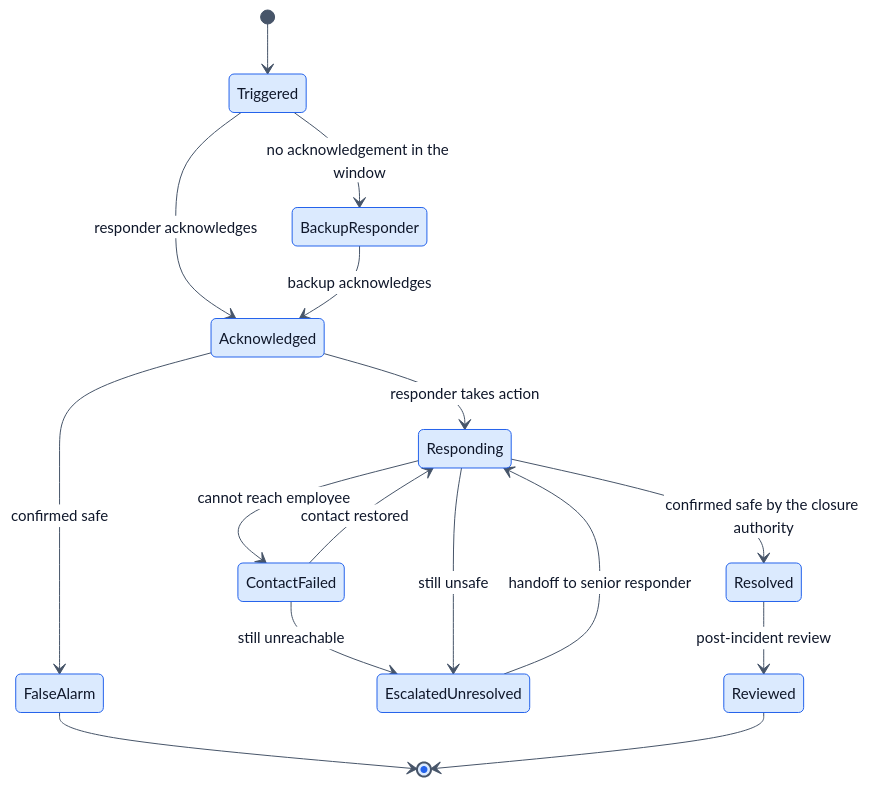
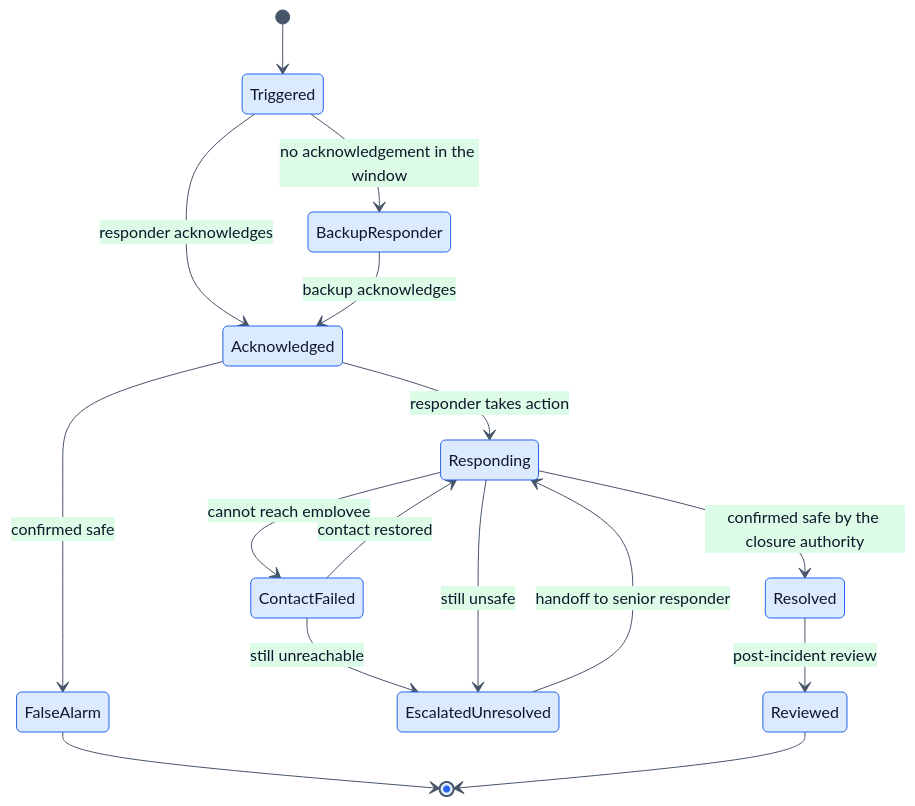
Before and after one commit to AaravVatsh27/The-Future-Ready-Human-Centric-Workplace-Ecosystem: the seventh of 17 diagrams in README.md, drawn with Mermaid. The commit also changed other lines of this file, not shown here.

````diff
--- a/README.md
+++ b/README.md
@@ -497,19 +492,19 @@
 ```mermaid
-%%{init: {'theme':'base','themeVariables':{'fontSize':'15px','primaryColor':'#dbeafe','primaryTextColor':'#0f172a','primaryBorderColor':'#2563eb','secondaryColor':'#dcfce7','secondaryTextColor':'#0f172a','secondaryBorderColor':'#16a34a','tertiaryColor':'#f1f5f9','tertiaryTextColor':'#0f172a','tertiaryBorderColor':'#94a3b8','lineColor':'#475569','textColor':'#0f172a','background':'#ffffff','edgeLabelBackground':'#ffffff','noteBkgColor':'#e0f2fe','noteTextColor':'#0f172a','noteBorderColor':'#0284c7','actorBkg':'#dbeafe','actorBorder':'#2563eb','actorTextColor':'#0f172a','actorLineColor':'#64748b','signalColor':'#334155','signalTextColor':'#0f172a','labelBoxBkgColor':'#ede9fe','labelBoxBorderColor':'#7c3aed','labelTextColor':'#0f172a','loopTextColor':'#0f172a','activationBkgColor':'#ccfbf1','activationBorderColor':'#0d9488','sequenceNumberColor':'#ffffff','stateBkg':'#dbeafe','stateLabelColor':'#0f172a','altBackground':'#f1f5f9','compositeBackground':'#f8fafc','compositeTitleBackground':'#ede9fe','innerEndBackground':'#475569','specialStateColor':'#475569','transitionColor':'#475569','transitionLabelColor':'#0f172a','attributeBackgroundColorOdd':'#f0f9ff','attributeBackgroundColorEven':'#e0f2fe'}}}%%
+%%{init: {"theme": "base", "themeVariables": {"primaryColor": "#dbeafe", "primaryTextColor": "#0f172a", "primaryBorderColor": "#2563eb", "lineColor": "#475569", "secondaryColor": "#dcfce7", "tertiaryColor": "#f1f5f9", "noteBkgColor": "#e0f2fe", "noteTextColor": "#0f172a", "actorBkg": "#dbeafe", "actorBorder": "#2563eb", "actorTextColor": "#0f172a", "signalColor": "#334155", "signalTextColor": "#0f172a"}}}%%
 stateDiagram-v2
     [*] --> Triggered
     Triggered --> Acknowledged: responder acknowledges
     Triggered --> BackupResponder: no acknowledgement in the window
     BackupResponder --> Acknowledged: backup acknowledges
     Acknowledged --> FalseAlarm: confirmed safe
     Acknowledged --> Responding: responder takes action
     Responding --> ContactFailed: cannot reach employee
     ContactFailed --> Responding: contact restored
     ContactFailed --> EscalatedUnresolved: still unreachable
     Responding --> EscalatedUnresolved: still unsafe
     EscalatedUnresolved --> Responding: handoff to senior responder
     Responding --> Resolved: confirmed safe by the closure authority
     Resolved --> Reviewed: post-incident review
     FalseAlarm --> [*]
     Reviewed --> [*]
 ```
````
